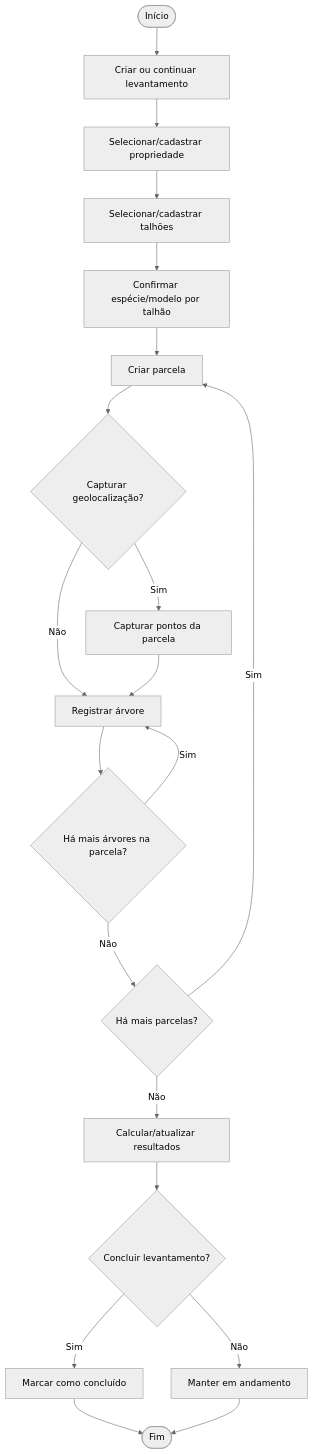
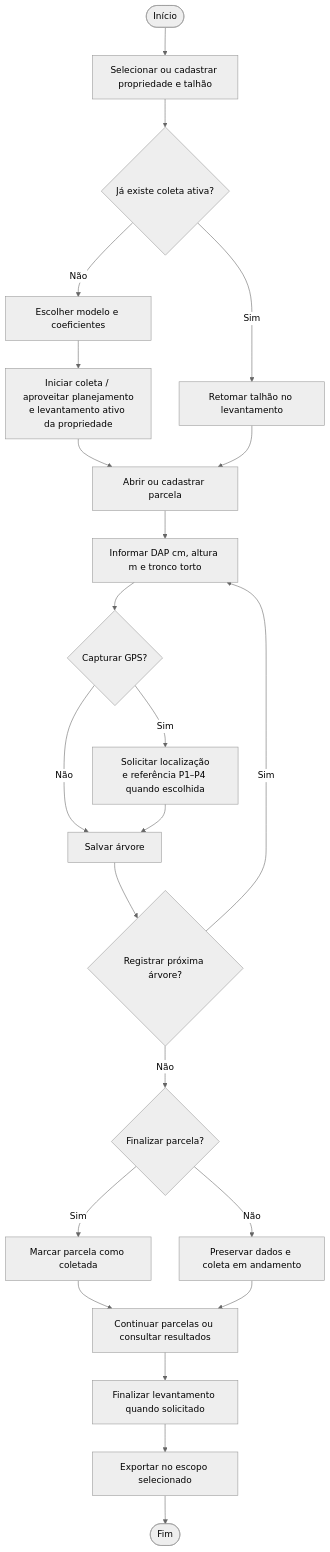
The sixth of 8 diagrams in tcc_codex_context/docs/ENGINEERING_MODELS.md (mateushernandes10-droid/dendro_mobile), drawn with Mermaid (neutral theme) before and after one commit. The commit also changed other lines of this file and 19 other files, not shown here.

````diff
--- a/tcc_codex_context/docs/ENGINEERING_MODELS.md
+++ b/tcc_codex_context/docs/ENGINEERING_MODELS.md
@@ -673,39 +360,25 @@
 ```mermaid
 flowchart TD
-    START([Início])
-    CREATE["Criar ou continuar levantamento"]
-    SELECT_PROP["Selecionar/cadastrar propriedade"]
-    SELECT_STAND["Selecionar/cadastrar talhões"]
-    CONFIRM_MODEL["Confirmar espécie/modelo por talhão"]
-    CREATE_PLOT["Criar parcela"]
-    GEO_DECISION{"Capturar geolocalização?"}
-    CAPTURE_POINTS["Capturar pontos da parcela"]
-    ADD_TREE["Registrar árvore"]
-    MORE_TREES{"Há mais árvores na parcela?"}
-    MORE_PLOTS{"Há mais parcelas?"}
-    CALCULATE["Calcular/atualizar resultados"]
-    CLOSE_DECISION{"Concluir levantamento?"}
-    CLOSE["Marcar como concluído"]
-    SAVE_OPEN["Manter em andamento"]
-    END([Fim])
-
-    START --> CREATE
-    CREATE --> SELECT_PROP
-    SELECT_PROP --> SELECT_STAND
-    SELECT_STAND --> CONFIRM_MODEL
-    CONFIRM_MODEL --> CREATE_PLOT
-    CREATE_PLOT --> GEO_DECISION
-    GEO_DECISION -- Sim --> CAPTURE_POINTS
-    GEO_DECISION -- Não --> ADD_TREE
-    CAPTURE_POINTS --> ADD_TREE
-    ADD_TREE --> MORE_TREES
-    MORE_TREES -- Sim --> ADD_TREE
-    MORE_TREES -- Não --> MORE_PLOTS
-    MORE_PLOTS -- Sim --> CREATE_PLOT
-    MORE_PLOTS -- Não --> CALCULATE
-    CALCULATE --> CLOSE_DECISION
-    CLOSE_DECISION -- Sim --> CLOSE
-    CLOSE_DECISION -- Não --> SAVE_OPEN
-    CLOSE --> END
-    SAVE_OPEN --> END
+    A(["Início"]) --> B["Selecionar ou cadastrar propriedade e talhão"]
+    B --> C{"Já existe coleta ativa?"}
+    C -- Sim --> D["Retomar talhão no levantamento"]
+    C -- Não --> E["Escolher modelo e coeficientes"]
+    E --> F["Iniciar coleta / aproveitar planejamento<br/>e levantamento ativo da propriedade"]
+    F --> G["Abrir ou cadastrar parcela"]
+    D --> G
+    G --> H["Informar DAP cm, altura m e tronco torto"]
+    H --> I{"Capturar GPS?"}
+    I -- Sim --> J["Solicitar localização<br/>e referência P1–P4 quando escolhida"]
+    I -- Não --> K["Salvar árvore"]
+    J --> K
+    K --> L{"Registrar próxima árvore?"}
+    L -- Sim --> H
+    L -- Não --> M{"Finalizar parcela?"}
+    M -- Sim --> N["Marcar parcela como coletada"]
+    M -- Não --> O["Preservar dados e coleta em andamento"]
+    N --> P["Continuar parcelas ou consultar resultados"]
+    O --> P
+    P --> Q["Finalizar levantamento quando solicitado"]
+    Q --> R["Exportar no escopo selecionado"]
+    R --> S(["Fim"])
 ```
````
